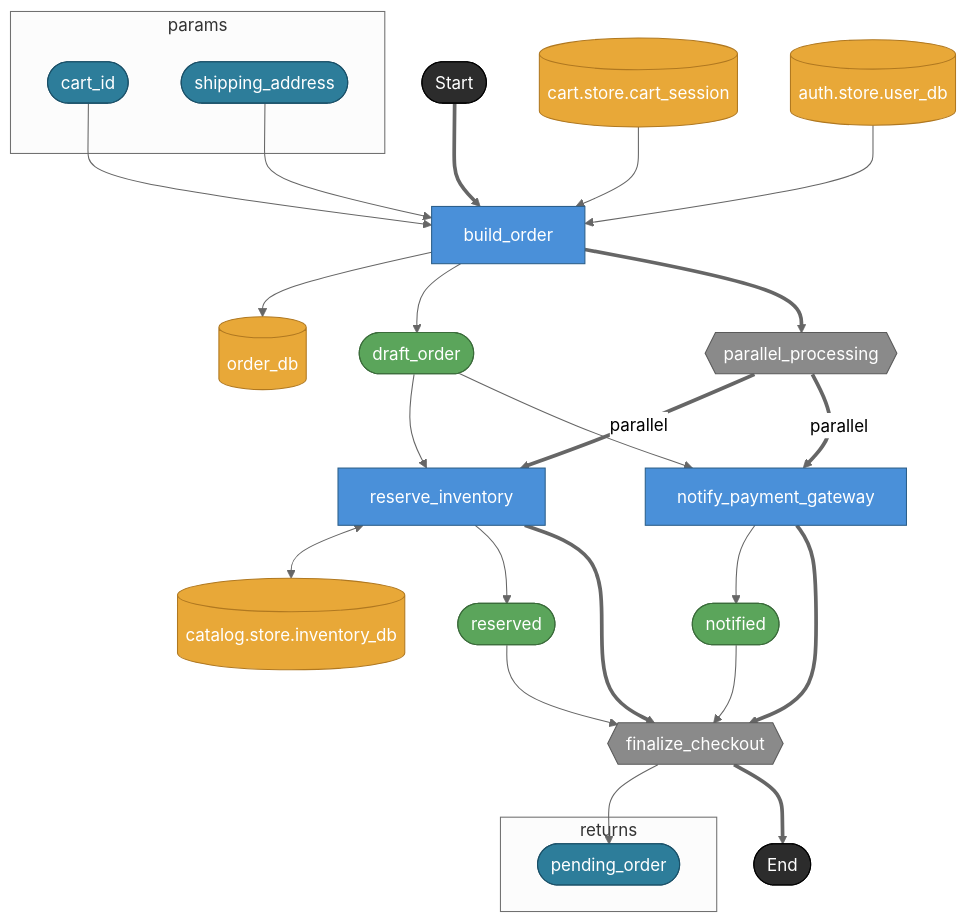
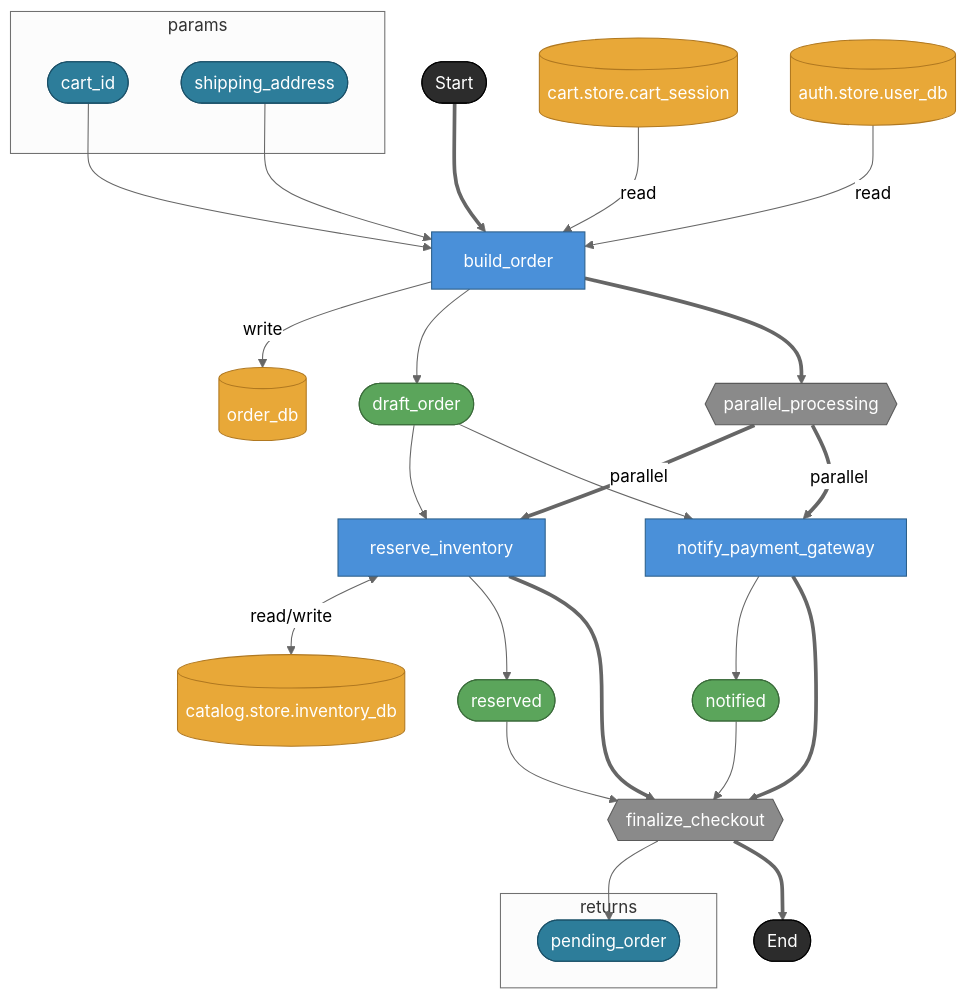
One commit to hiroshiasayadev-prog/brewprint changed the third of 4 diagrams in docs/uc/001-ec-checkout-flow/docs/render-dag.md. Above: the diagram before and after it, drawn with Mermaid (neutral theme). The commit also changed other lines of this file and 2 other files, not shown here.

First line of the commit message:
docs: label DAG store access edges

````diff
--- a/docs/uc/001-ec-checkout-flow/docs/render-dag.md
+++ b/docs/uc/001-ec-checkout-flow/docs/render-dag.md
@@ -79,50 +79,50 @@
 ```mermaid
 flowchart TD
   subgraph params
     cart_id([cart_id])
     shipping_address([shipping_address])
   end
   subgraph returns
     pending_order([pending_order])
   end
 
   _start([Start]) ==> build_order[build_order]
   cart_id --> build_order
   shipping_address --> build_order
-  cart_session[(cart.store.cart_session)] --> build_order
-  user_db[(auth.store.user_db)] --> build_order
-  build_order --> order_db[(order_db)]
+  cart_session[(cart.store.cart_session)] -- "read" --> build_order
+  user_db[(auth.store.user_db)] -- "read" --> build_order
+  build_order -- "write" --> order_db[(order_db)]
   build_order --> draft_order([draft_order])
 
   build_order ==> parallel_processing{{parallel_processing}}
   draft_order --> reserve_inventory[reserve_inventory]
   draft_order --> notify_payment_gateway[notify_payment_gateway]
 
   parallel_processing == "parallel" ==> reserve_inventory
   parallel_processing == "parallel" ==> notify_payment_gateway
 
-  reserve_inventory <--> inventory_db[(catalog.store.inventory_db)]
+  reserve_inventory <-- "read/write" --> inventory_db[(catalog.store.inventory_db)]
   reserve_inventory --> reserved([reserved])
   notify_payment_gateway --> notified([notified])
 
   reserve_inventory ==> finalize_checkout{{finalize_checkout}}
   notify_payment_gateway ==> finalize_checkout
   reserved --> finalize_checkout
   notified --> finalize_checkout
 
   finalize_checkout --> pending_order
   finalize_checkout ==> _end([End])
 
   classDef taskNode     fill:#4A90D9,stroke:#2C5F8A,color:#fff
   classDef assetNode    fill:#5BA55B,stroke:#3A6B3A,color:#fff
   classDef storeNode    fill:#E8A838,stroke:#B07820,color:#fff
   classDef forkNode     fill:#8A8A8A,stroke:#5A5A5A,color:#fff
   classDef terminalNode fill:#2C2C2C,stroke:#000,color:#fff
   classDef boundaryNode fill:#2D7D9A,stroke:#1A5068,color:#fff
   class build_order,reserve_inventory,notify_payment_gateway taskNode
   class draft_order,reserved,notified assetNode
   class cart_session,user_db,order_db,inventory_db storeNode
   class parallel_processing,finalize_checkout forkNode
   class _start,_end terminalNode
   class cart_id,shipping_address,pending_order boundaryNode
 ```
````
